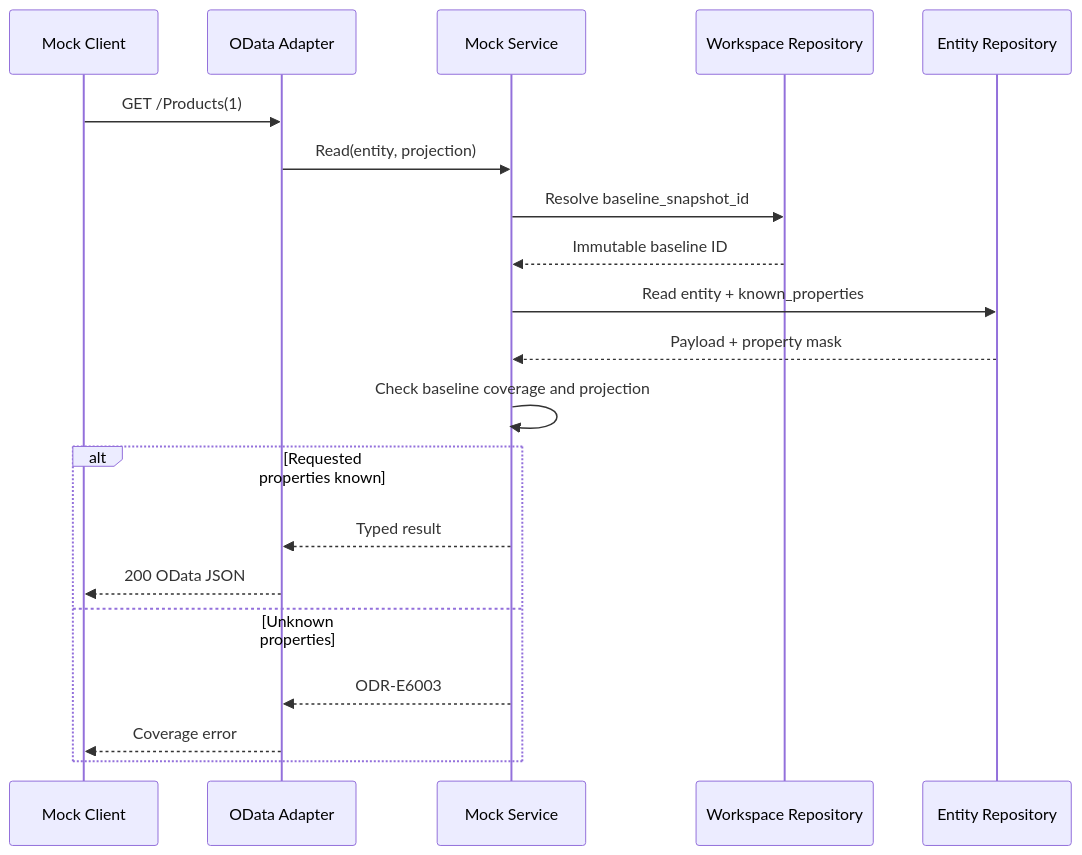
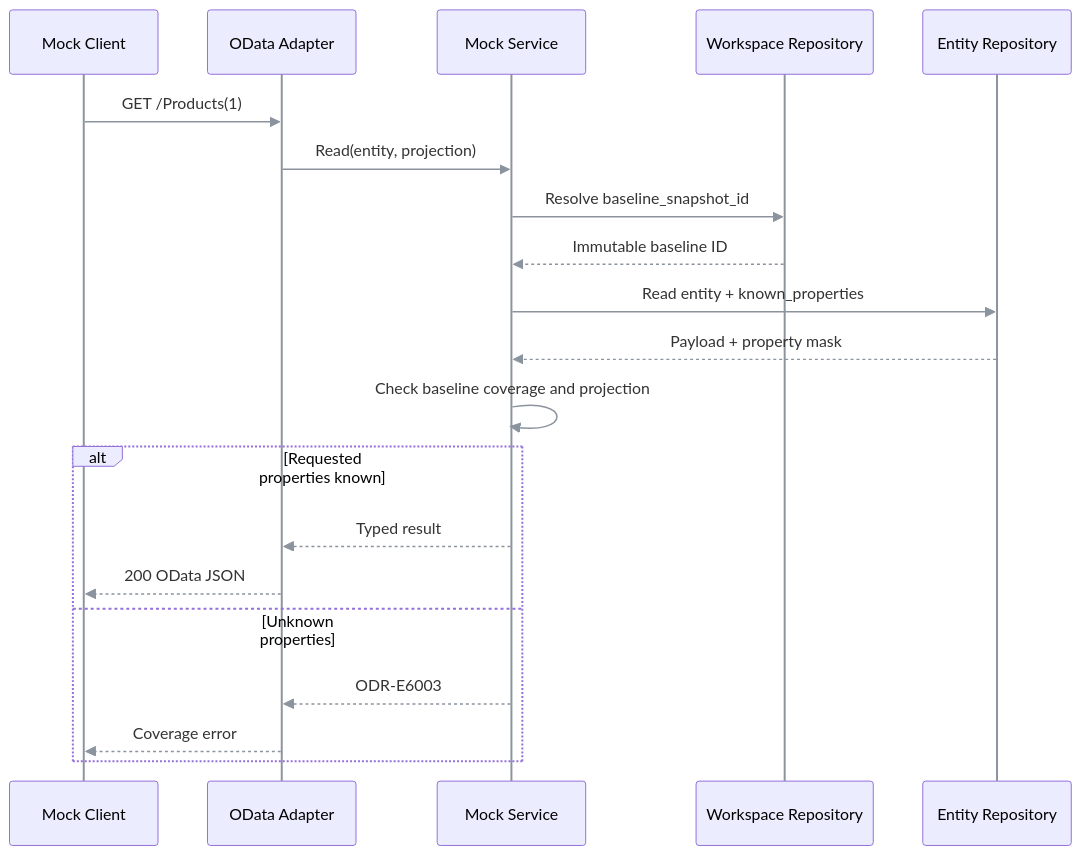
One commit to pt9912/odata-recorder changed the ninth of 10 diagrams in spec/architecture.md. Above: the diagram before and after it, drawn with Mermaid. The commit also changed other lines of this file, not shown here.

Commit message:
Architektur: Linienfarbe der Mermaid-Diagramme fuer dunkle Darstellung (LH-FA-04)

````diff
--- a/spec/architecture.md
+++ b/spec/architecture.md
@@ -387,22 +395,23 @@
 ```mermaid
+%%{init: {'themeVariables': {'lineColor': '#8b949e', 'signalColor': '#8b949e', 'actorLineColor': '#8b949e', 'edgeLabelBackground': '#d0d7de'}}}%%
 sequenceDiagram
     participant C as Mock Client
     participant H as OData Adapter
     participant M as Mock Service
     participant W as Workspace Repository
     participant E as Entity Repository
     C->>H: GET /Products(1)
     H->>M: Read(entity, projection)
     M->>W: Resolve baseline_snapshot_id
     W-->>M: Immutable baseline ID
     M->>E: Read entity + known_properties
     E-->>M: Payload + property mask
     M->>M: Check baseline coverage and projection
     alt Requested properties known
       M-->>H: Typed result
       H-->>C: 200 OData JSON
     else Unknown properties
       M-->>H: ODR-E6003
       H-->>C: Coverage error
     end
 ```
````
